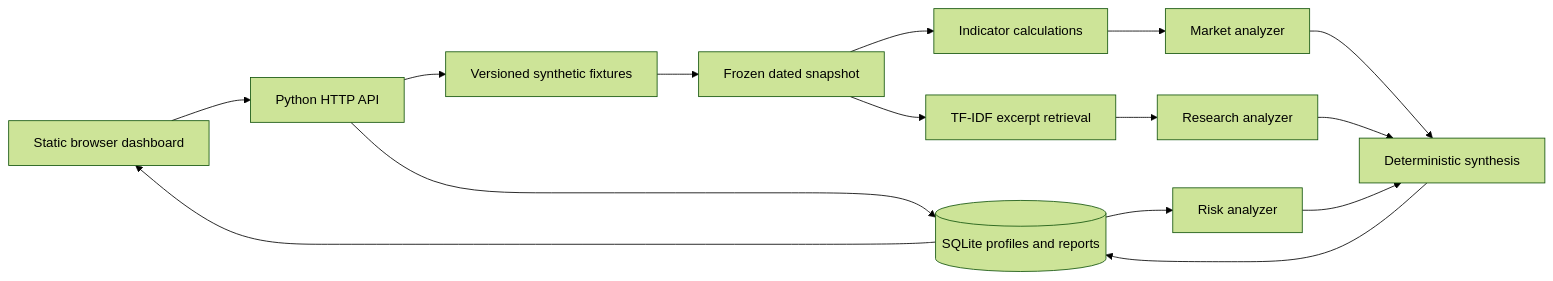
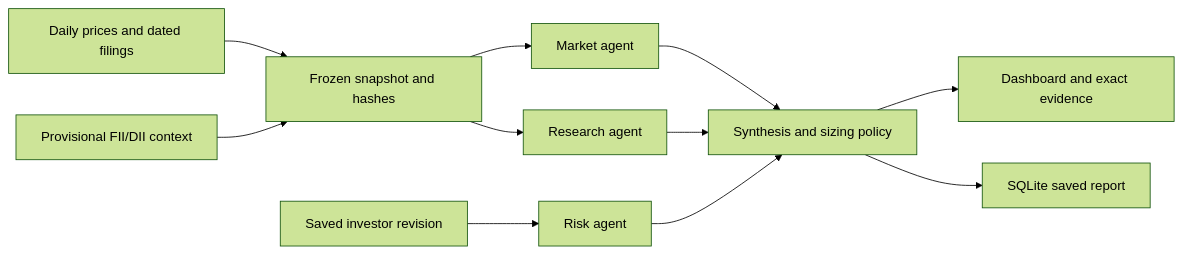
Before and after one commit to GuTS805/CONTRA: the diagram in docs/architecture.md, drawn with Mermaid (forest theme). The commit also changed other lines of this file and 14 other files, not shown here.

Commit message:
Harden sizing and prepare Wild Bugs judging evidence

````diff
--- a/docs/architecture.md
+++ b/docs/architecture.md
@@ -5,17 +7,13 @@
 ```mermaid
 flowchart LR
-  UI[Static browser dashboard] --> API[Python HTTP API]
-  API --> DB[(SQLite profiles and reports)]
-  API --> F[Versioned synthetic fixtures]
-  F --> S[Frozen dated snapshot]
-  S --> I[Indicator calculations]
-  S --> R[TF-IDF excerpt retrieval]
-  I --> M[Market analyzer]
-  R --> A[Research analyzer]
-  DB --> K[Risk analyzer]
-  M --> Y[Deterministic synthesis]
-  A --> Y
-  K --> Y
-  Y --> DB
-  DB --> UI
+  A[Daily prices and dated filings] --> S[Frozen snapshot and hashes]
+  F[Provisional FII/DII context] --> S
+  P[Saved investor revision] --> R[Risk agent]
+  S --> M[Market agent]
+  S --> Q[Research agent]
+  M --> Y[Synthesis and sizing policy]
+  Q --> Y
+  R --> Y
+  Y --> D[Dashboard and exact evidence]
+  Y --> DB[SQLite saved report]
 ```
````
